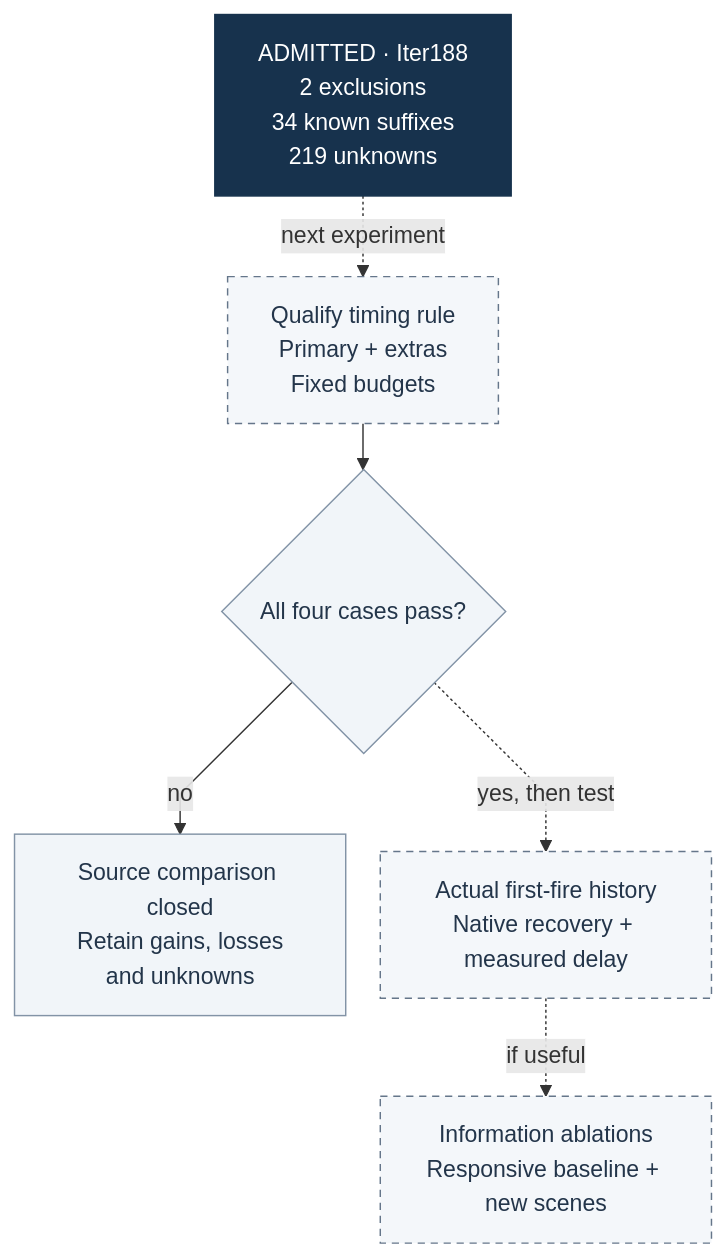
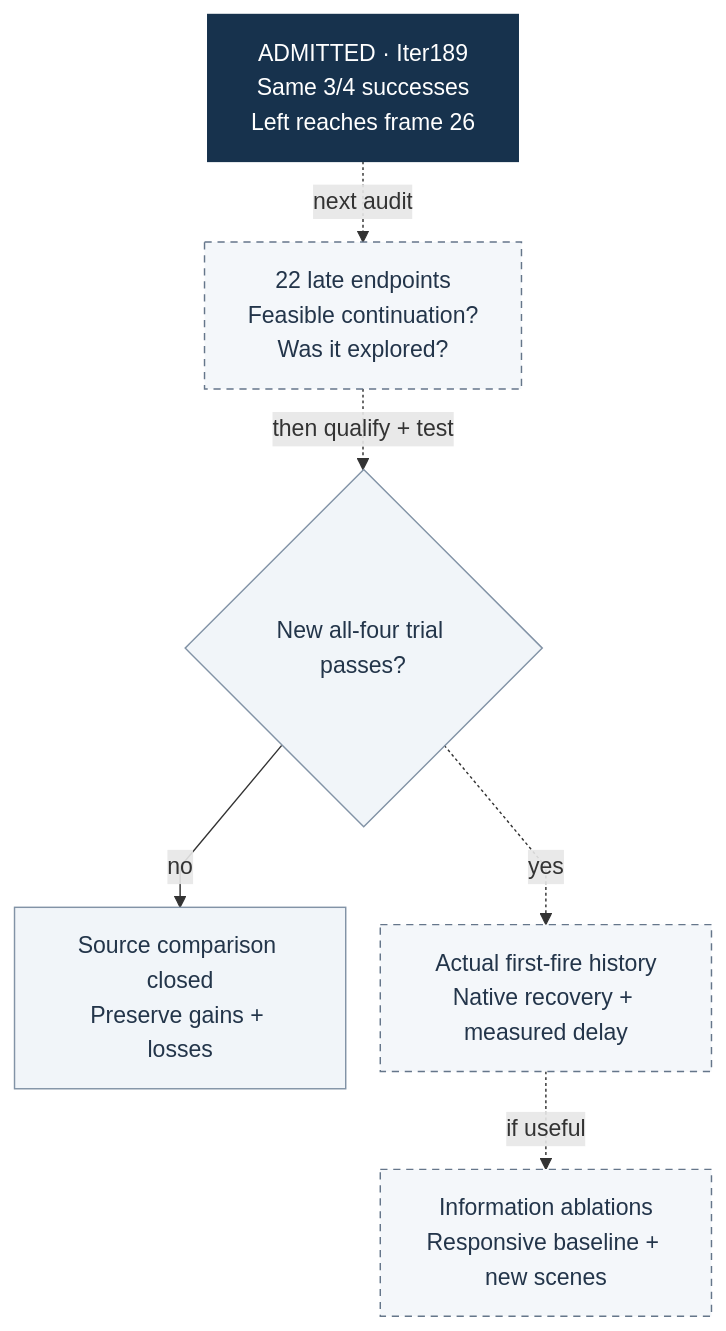
The fourth of 4 diagrams in README.md (manfromnowhere143/sentinel), drawn with Mermaid before and after one commit. The commit also changed other lines of this file and 42 other files, not shown here.

Commit message:
Close Iter189 timing trial and document the remaining expansion question

````diff
--- a/README.md
+++ b/README.md
@@ -1285,24 +1314,24 @@
 ```mermaid
 ---
 config:
   flowchart:
     curve: linear
     nodeSpacing: 24
     wrappingWidth: 170
     rankSpacing: 32
 ---
 flowchart TB
-  accTitle: The next test and the intervention evidence still required
-  accDescr: Timing exclusions motivate a proposed trial. Later intervention gates remain closed.
-  A["ADMITTED · Iter188<br/>2 exclusions<br/>34 known suffixes<br/>219 unknowns"]
-  A -. "next experiment" .-> T["Qualify timing rule<br/>Primary + extras<br/>Fixed budgets"]
-  T --> G{"All four cases pass?"}
-  G -- "no" --> F["Source comparison closed<br/>Retain gains, losses<br/>and unknowns"]
-  G -. "yes, then test" .-> H["Actual first-fire history<br/>Native recovery + measured delay"]
+  accTitle: Next experiment and intervention gates
+  accDescr: Late-state feasibility precedes any new planner trial or intervention claim.
+  A["ADMITTED · Iter189<br/>Same 3/4 successes<br/>Left reaches frame 26"]
+  A -. "next audit" .-> T["22 late endpoints<br/>Feasible continuation?<br/>Was it explored?"]
+  T -. "then qualify + test" .-> G{"New all-four trial passes?"}
+  G -- "no" --> F["Source comparison closed<br/>Preserve gains + losses"]
+  G -. "yes" .-> H["Actual first-fire history<br/>Native recovery + measured delay"]
   H -. "if useful" .-> I["Information ablations<br/>Responsive baseline + new scenes"]
   classDef default fill:#f1f5f9,stroke:#8293a6,color:#23354a;
   classDef focus fill:#17324d,stroke:#17324d,color:#fff;
   classDef proposed fill:#f4f7fa,stroke:#65768a,color:#23354a,stroke-dasharray:5 4;
   class A focus;
   class T,H,I proposed;
 ```
````
